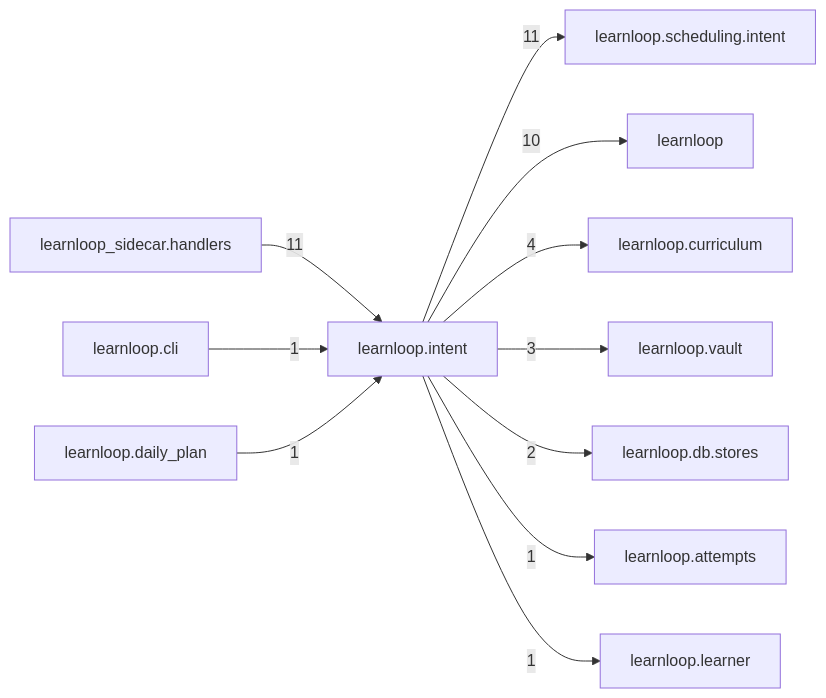
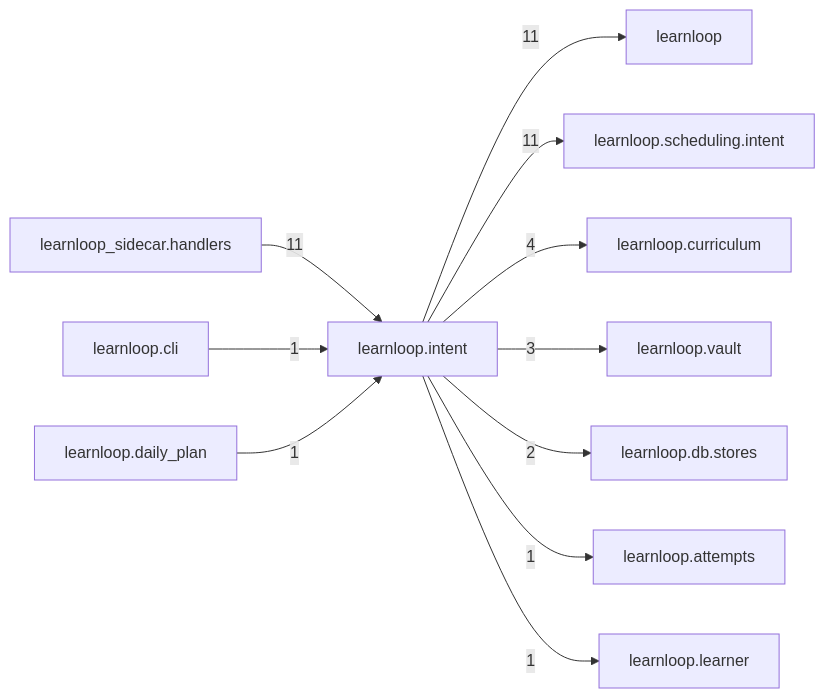
One commit to 6up-b/learnanything changed the diagram in docs/learnloop-architecture-vault/Reference/Modules/learnloop/intent/_package.md. Above: the diagram before and after it, drawn with Mermaid. The commit also changed other lines of this file and 86 other files, not shown here.

````diff
--- a/docs/learnloop-architecture-vault/Reference/Modules/learnloop/intent/_package.md
+++ b/docs/learnloop-architecture-vault/Reference/Modules/learnloop/intent/_package.md
@@ -86,24 +86,24 @@
 ```mermaid
 flowchart LR
     center["learnloop.intent"]
+    n_learnloop["learnloop"]
     n_learnloop_scheduling_intent["learnloop.scheduling.intent"]
     n_learnloop_sidecar_handlers["learnloop_sidecar.handlers"]
-    n_learnloop["learnloop"]
     n_learnloop_curriculum["learnloop.curriculum"]
     n_learnloop_vault["learnloop.vault"]
     n_learnloop_db_stores["learnloop.db.stores"]
     n_learnloop_attempts["learnloop.attempts"]
     n_learnloop_cli["learnloop.cli"]
     n_learnloop_daily_plan["learnloop.daily_plan"]
     n_learnloop_learner["learnloop.learner"]
+    center -->|11| n_learnloop
     center -->|11| n_learnloop_scheduling_intent
     n_learnloop_sidecar_handlers -->|11| center
-    center -->|10| n_learnloop
     center -->|4| n_learnloop_curriculum
     center -->|3| n_learnloop_vault
     center -->|2| n_learnloop_db_stores
     center -->|1| n_learnloop_attempts
     n_learnloop_cli -->|1| center
     n_learnloop_daily_plan -->|1| center
     center -->|1| n_learnloop_learner
 ```
````
